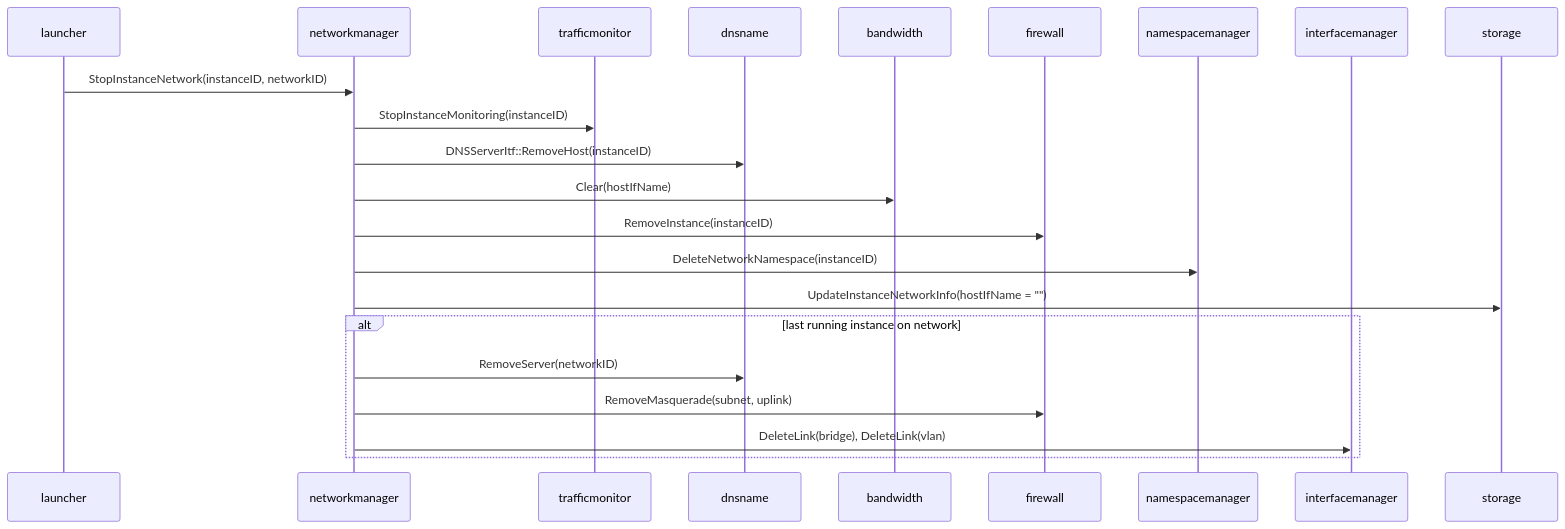
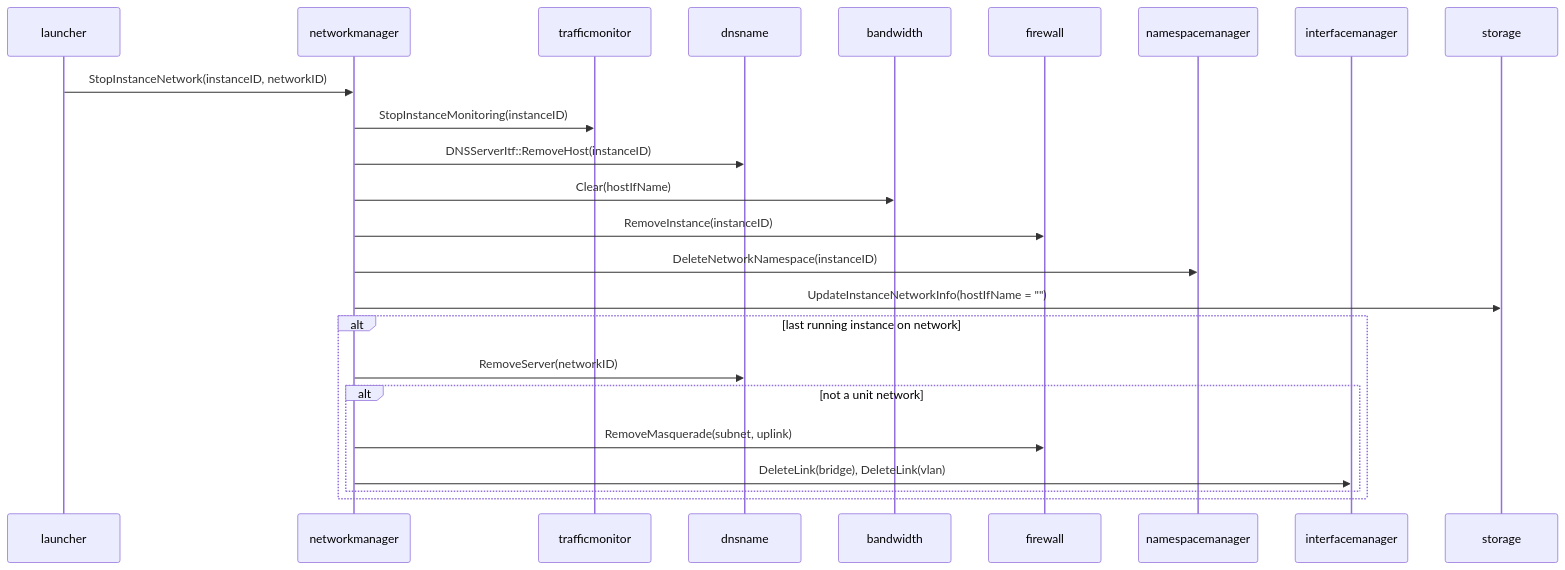
The fifth of 7 diagrams in src/core/sm/networkmanager/networkmanager.md (aosedge/aos_core_lib_cpp), drawn with Mermaid before and after one commit. The commit also changed other lines of this file and 1 other file, not shown here.

First line of the commit message:
common: sm: networkmanager: update documentation

````diff
--- a/src/core/sm/networkmanager/networkmanager.md
+++ b/src/core/sm/networkmanager/networkmanager.md
@@ -337,27 +365,30 @@
 ```mermaid
 sequenceDiagram
     participant launcher
     participant networkmanager
     participant trafficmonitor
     participant dnsname
     participant bandwidth
     participant firewall
     participant namespacemanager
     participant interfacemanager
     participant storage
 
     launcher ->> networkmanager: StopInstanceNetwork(instanceID, networkID)
 
     networkmanager ->> trafficmonitor: StopInstanceMonitoring(instanceID)
     networkmanager ->> dnsname: DNSServerItf::RemoveHost(instanceID)
     networkmanager ->> bandwidth: Clear(hostIfName)
     networkmanager ->> firewall: RemoveInstance(instanceID)
     networkmanager ->> namespacemanager: DeleteNetworkNamespace(instanceID)
     networkmanager ->> storage: UpdateInstanceNetworkInfo(hostIfName = "")
 
     alt last running instance on network
         networkmanager ->> dnsname: RemoveServer(networkID)
-        networkmanager ->> firewall: RemoveMasquerade(subnet, uplink)
-        networkmanager ->> interfacemanager: DeleteLink(bridge), DeleteLink(vlan)
+
+        alt not a unit network
+            networkmanager ->> firewall: RemoveMasquerade(subnet, uplink)
+            networkmanager ->> interfacemanager: DeleteLink(bridge), DeleteLink(vlan)
+        end
     end
 ```
````
